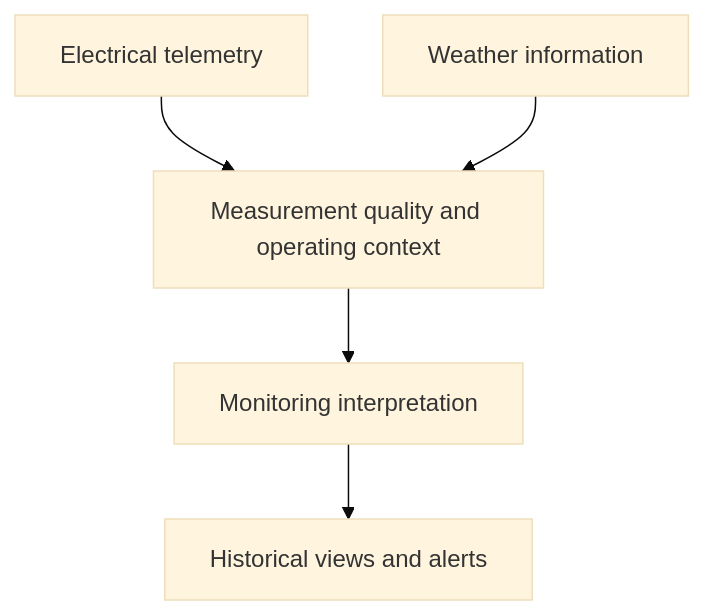
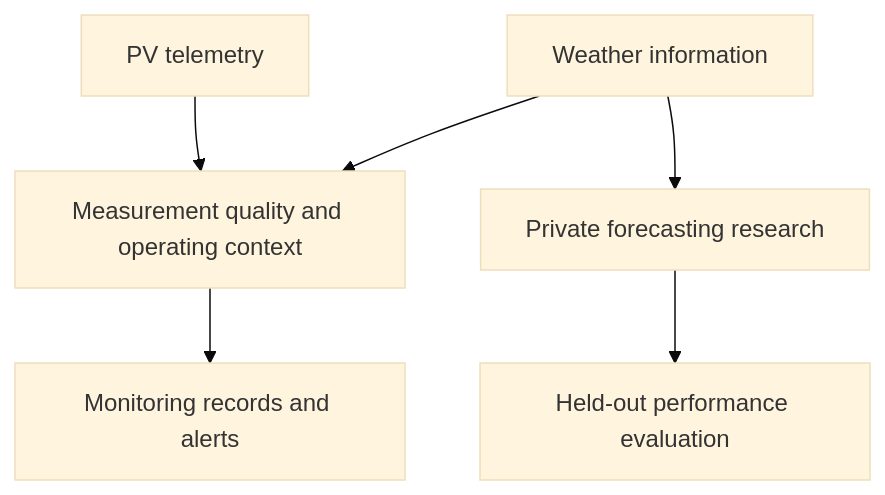
One commit to Wwwa22/solar-pv-monitoring-system changed the diagram in README.md. Above: the diagram before and after it, drawn with Mermaid (base theme). The commit also changed other lines of this file, not shown here.

Commit message:
docs: strengthen PV showcase with reported holdout metrics and safe research overview

````diff
--- a/README.md
+++ b/README.md
@@ -15,7 +30,8 @@
 ```mermaid
 flowchart TD
-    A["Electrical telemetry"] --> B["Measurement quality and operating context"]
-    W["Weather information"] --> B
-    B --> C["Monitoring interpretation"]
-    C --> D["Historical views and alerts"]
+    P["PV telemetry"] --> M["Measurement quality and operating context"]
+    W["Weather information"] --> M
+    M --> A["Monitoring records and alerts"]
+    W --> F["Private forecasting research"]
+    F --> E["Held-out performance evaluation"]
 ```
````
